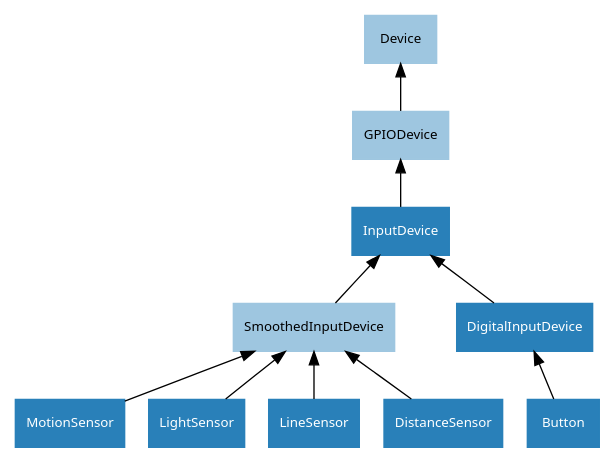
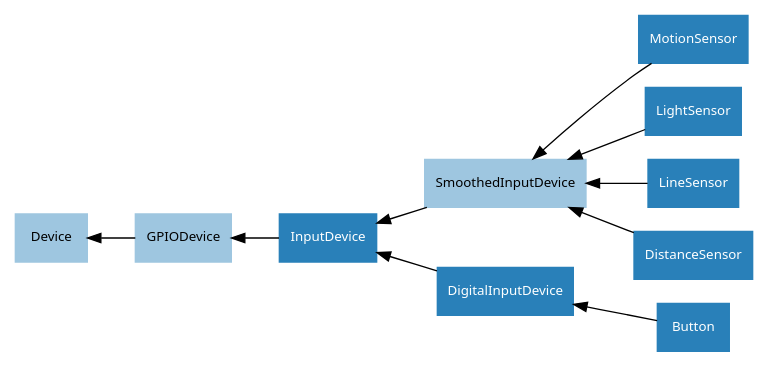
Before and after one commit to gpiozero/gpiozero: the diagram in docs/images/input_device_hierarchy.dot, drawn with Graphviz. The commit also changed 29 other files, not shown here.

First line of the commit message:
Update all hierarchy charts in the docs

```diff
--- a/docs/images/input_device_hierarchy.dot
+++ b/docs/images/input_device_hierarchy.dot
@@ -1,26 +1,26 @@
 /* vim: set et sw=4 sts=4: */
 
 digraph classes {
-    graph [rankdir=BT];
+    graph [rankdir=RL];
     node [shape=rect, style=filled, fontname=Sans, fontsize=10];
     edge [];
 
     /* Abstract classes */
     node [color="#9ec6e0", fontcolor="#000000"]
     Device;
     GPIODevice;
     SmoothedInputDevice;
 
     /* Concrete classes */
     node [color="#2980b9", fontcolor="#ffffff"];
 
     GPIODevice->Device;
     InputDevice->GPIODevice;
     DigitalInputDevice->InputDevice;
     SmoothedInputDevice->InputDevice;
     Button->DigitalInputDevice;
     MotionSensor->SmoothedInputDevice;
     LightSensor->SmoothedInputDevice;
     LineSensor->SmoothedInputDevice;
     DistanceSensor->SmoothedInputDevice;
 }
```
